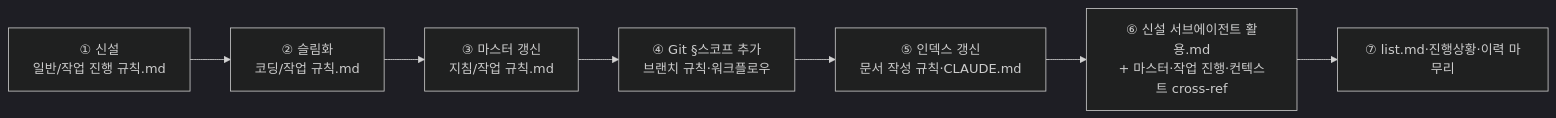
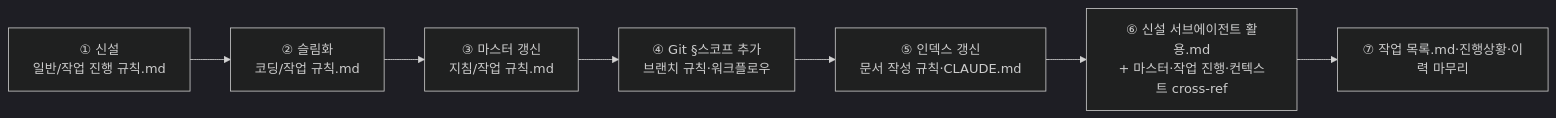
Before and after one commit to eskim-todoc/claude: the first of 2 diagrams in docs/tasks/meta/20260507_work-process-git-scope/계획.md, drawn with Mermaid (dark theme). The commit also changed other lines of this file and 53 other files, not shown here.

````diff
--- a/docs/tasks/meta/20260507_work-process-git-scope/계획.md
+++ b/docs/tasks/meta/20260507_work-process-git-scope/계획.md
@@ -15,9 +15,9 @@
 ```mermaid
 flowchart LR
     A["① 신설<br/>일반/작업 진행 규칙.md"] --> B["② 슬림화<br/>코딩/작업 규칙.md"]
     B --> C["③ 마스터 갱신<br/>지침/작업 규칙.md"]
     C --> D["④ Git §스코프 추가<br/>브랜치 규칙·워크플로우"]
     D --> E["⑤ 인덱스 갱신<br/>문서 작성 규칙·CLAUDE.md"]
     E --> F["⑥ 신설 서브에이전트 활용.md<br/>+ 마스터·작업 진행·컨텍스트 cross-ref"]
-    F --> G["⑦ list.md·진행상황·이력 마무리"]
+    F --> G["⑦ 작업 목록.md·진행상황·이력 마무리"]
 ```
````
